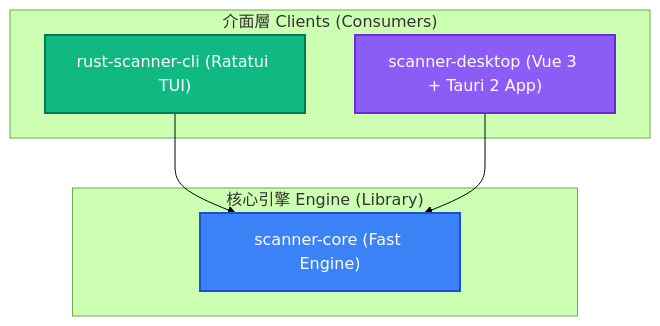
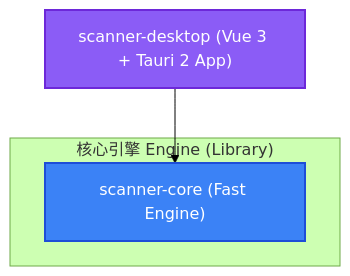
One commit to Benknightdark/neo-fd changed the second of 2 diagrams in AGENTS.md. Above: the diagram before and after it, drawn with Mermaid (forest theme). The commit also changed other lines of this file and 69 other files, not shown here.

````diff
--- a/AGENTS.md
+++ b/AGENTS.md
@@ -82,18 +82,13 @@
 ```mermaid
 graph TD
-    subgraph clients ["介面層 Clients (Consumers)"]
-        cli["rust-scanner-cli (Ratatui TUI)"]
-        desktop["scanner-desktop (Vue 3 + Tauri 2 App)"]
-    end
+    desktop["scanner-desktop (Vue 3 + Tauri 2 App)"]
     
     subgraph engine ["核心引擎 Engine (Library)"]
         core["scanner-core (Fast Engine)"]
     end
     
-    cli --> core
     desktop --> core
     
     style core fill:#3b82f6,stroke:#1d4ed8,stroke-width:2px,color:#fff
-    style cli fill:#10b981,stroke:#047857,stroke-width:2px,color:#fff
     style desktop fill:#8b5cf6,stroke:#6d28d9,stroke-width:2px,color:#fff
 ```
````
